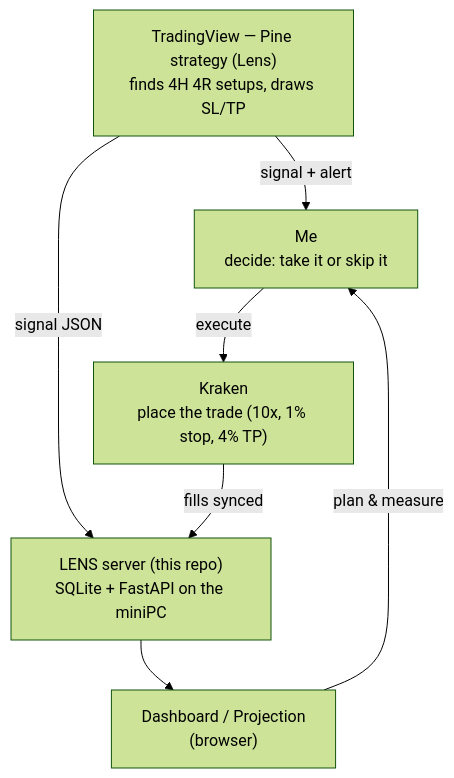
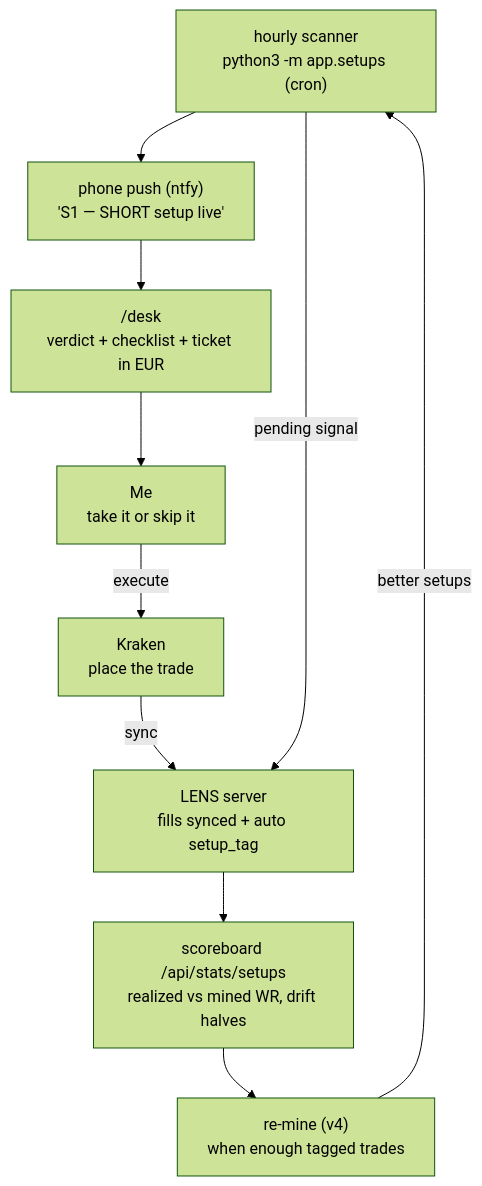
Before and after one commit to idlepcvr/lens: the diagram in README.md, drawn with Mermaid (forest theme). The commit also changed other lines of this file, not shown here.

First line of the commit message:
docs(readme): restructure around the v3 mined edge

````diff
--- a/README.md
+++ b/README.md
@@ -122,15 +62,14 @@
 ```mermaid
 flowchart TD
-    TV["TradingView — Pine strategy (Lens)\nfinds 4H 4R setups, draws SL/TP"]
-    ME["Me\ndecide: take it or skip it"]
-    KR["Kraken\nplace the trade (10x, 1% stop, 4% TP)"]
-    DB["LENS server (this repo)\nSQLite + FastAPI on the miniPC"]
-    PG["Dashboard / Projection\n(browser)"]
+    CRON["hourly scanner\npython3 -m app.setups (cron)"]
+    NTFY["phone push (ntfy)\n'S1 — SHORT setup live'"]
+    DESK["/desk\nverdict + checklist + ticket in EUR"]
+    ME["Me\ntake it or skip it"]
+    KR["Kraken\nplace the trade"]
+    DB["LENS server\nfills synced + auto setup_tag"]
+    SB["scoreboard /api/stats/setups\nrealized vs mined WR, drift halves"]
+    V4["re-mine (v4)\nwhen enough tagged trades"]
 
-    TV -->|signal + alert| ME
-    ME -->|execute| KR
-    TV -->|signal JSON| DB
-    KR -->|fills synced| DB
-    DB --> PG
-    PG -->|plan & measure| ME
+    CRON --> NTFY --> DESK --> ME -->|execute| KR -->|sync| DB --> SB --> V4 -->|better setups| CRON
+    CRON -->|pending signal| DB
 ```
````
